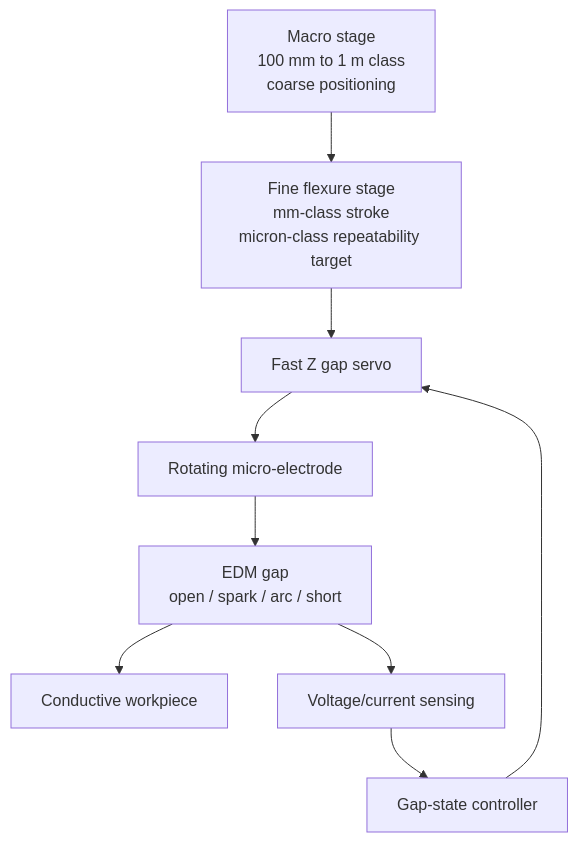
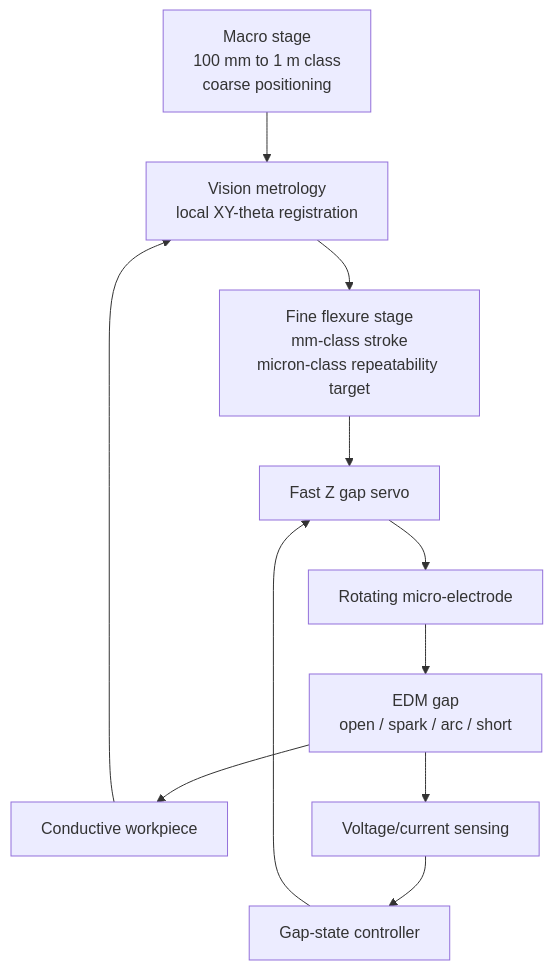
The diagram in README.md (ramhachi/OpenMicroEDM), drawn with Mermaid before and after one commit. The commit also changed other lines of this file, not shown here.

Commit message:
docs: make vision-referenced local registration a core project pillar

````diff
--- a/README.md
+++ b/README.md
@@ -13,11 +13,13 @@
 ```mermaid
 flowchart TD
-    A[Macro stage\n100 mm to 1 m class\ncoarse positioning] --> B[Fine flexure stage\nmm-class stroke\nmicron-class repeatability target]
+    A[Macro stage\n100 mm to 1 m class\ncoarse positioning] --> V[Vision metrology\nlocal XY-theta registration]
+    V --> B[Fine flexure stage\nmm-class stroke\nmicron-class repeatability target]
     B --> C[Fast Z gap servo]
     C --> D[Rotating micro-electrode]
     D --> E[EDM gap\nopen / spark / arc / short]
     E --> F[Conductive workpiece]
     E --> G[Voltage/current sensing]
     G --> H[Gap-state controller]
     H --> C
+    F --> V
 ```
````
